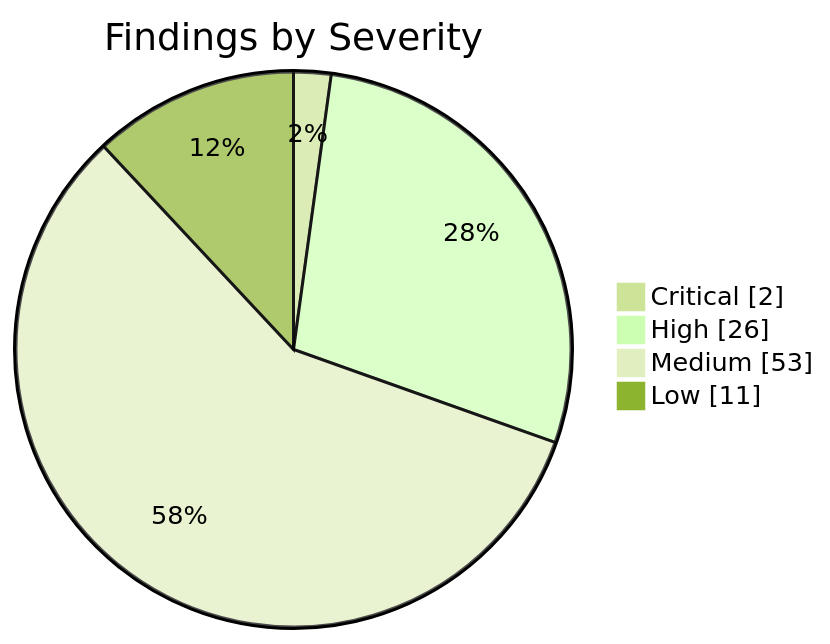
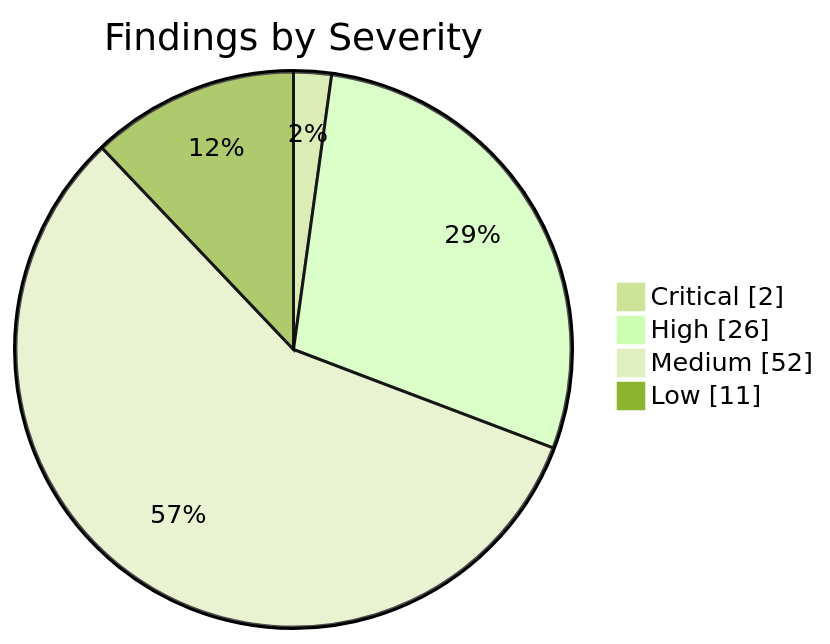
Before and after one commit to KBVE/kbve: the first of 2 diagrams in apps/kbve/astro-kbve/src/content/docs/dashboard/security.mdx, drawn with Mermaid (forest theme). The commit also changed other lines of this file and 8 other files, not shown here.

````diff
--- a/apps/kbve/astro-kbve/src/content/docs/dashboard/security.mdx
+++ b/apps/kbve/astro-kbve/src/content/docs/dashboard/security.mdx
@@ -62,8 +62,8 @@
 ```mermaid
 pie showData
     title Findings by Severity
     "Critical" : 2
     "High" : 26
-    "Medium" : 53
+    "Medium" : 52
     "Low" : 11
 ```
````
